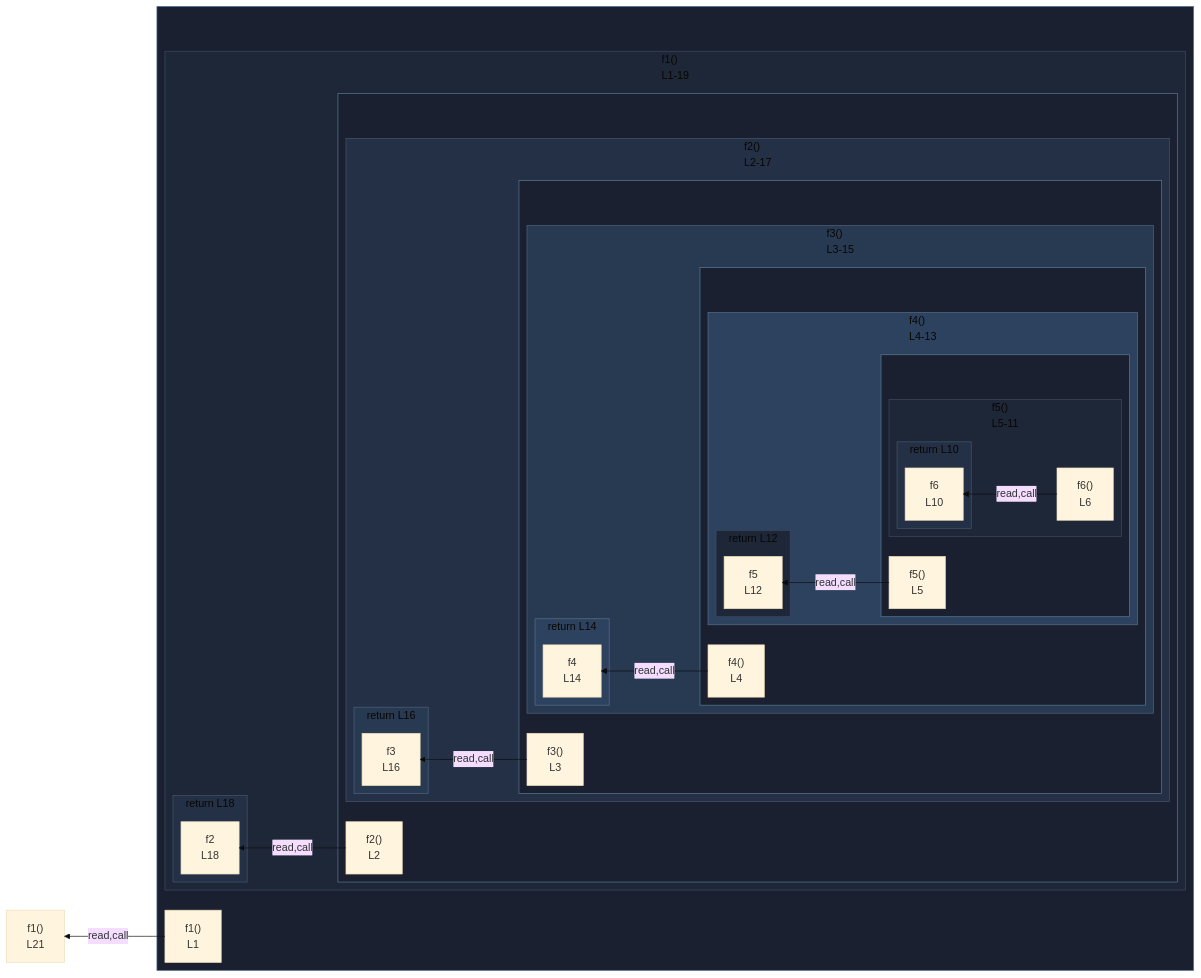
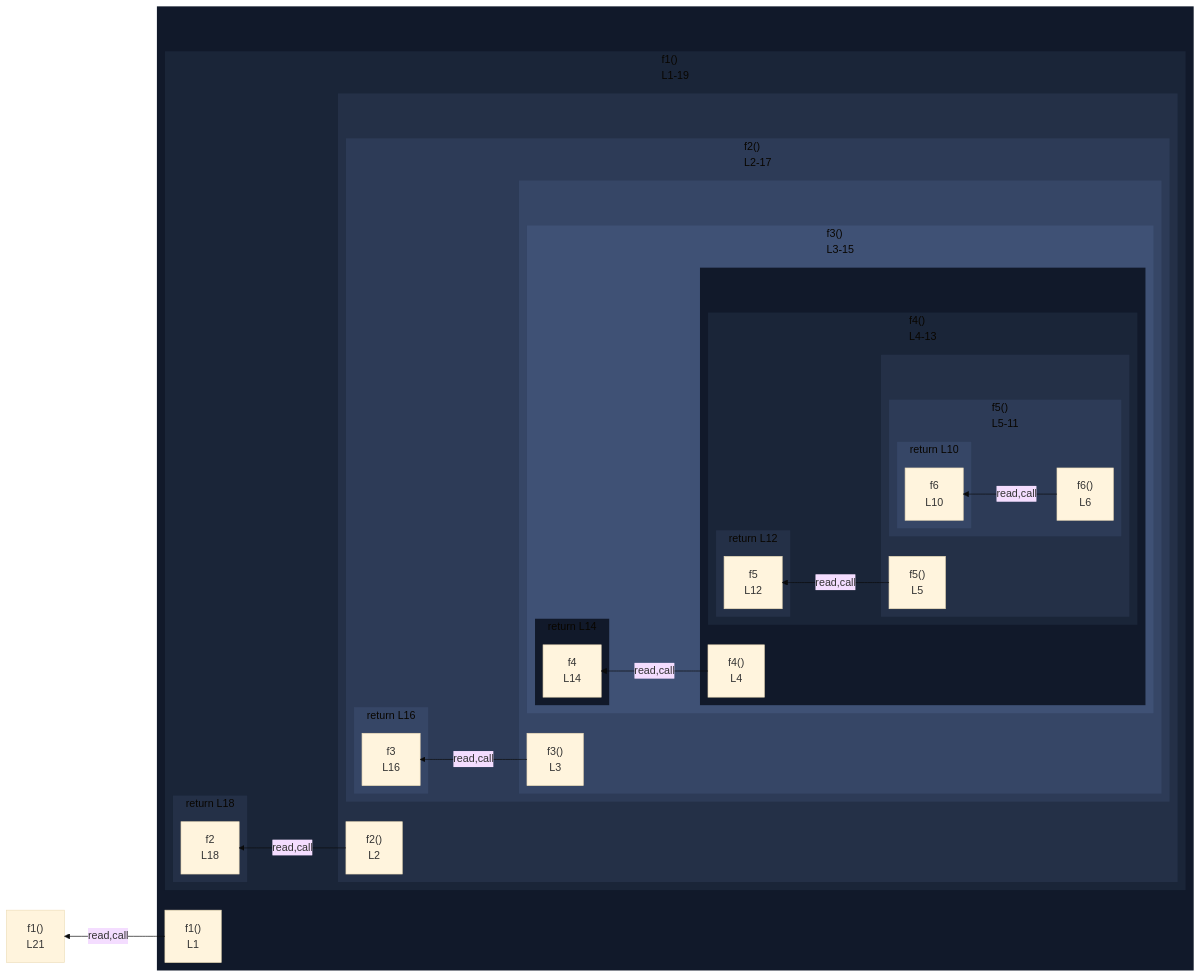
One commit to crescware/unsnarl changed the diagram in integration/fixtures/app-behavior/depth/function/depth-5/preview.md. Above: the diagram before and after it, drawn with Mermaid (base theme). The commit also changed 263 other files, not shown here.

First line of the commit message:
Drop fnWrap class and color function wrappers via the nest palette

````diff
--- a/integration/fixtures/app-behavior/depth/function/depth-5/preview.md
+++ b/integration/fixtures/app-behavior/depth/function/depth-5/preview.md
@@ -100,24 +100,25 @@
   n_scope_1_f2_27 -->|read,call| ret_use_ref_6
   n_scope_0_f1_9 -->|read,call| expr_stmt_311
   expr_stmt_311["f1()<br/>L21"]
-  classDef fnWrap fill:#1a2030,stroke:#5a7d99;
-  class wrap_s_scope_1 fnWrap;
-  class wrap_s_scope_2 fnWrap;
-  class wrap_s_scope_3 fnWrap;
-  class wrap_s_scope_4 fnWrap;
-  class wrap_s_scope_5 fnWrap;
-  classDef nestL1 fill:#1e2738,stroke:#3d4a63;
-  class s_scope_1 nestL1;
-  class s_scope_5 nestL1;
-  class s_return_scope_3_f4_69_226_238 nestL1;
-  classDef nestL2 fill:#233045,stroke:#475670;
-  class s_scope_2 nestL2;
-  class s_return_scope_4_f5_93_195_207 nestL2;
-  class s_return_scope_0_f1_9_295_307 nestL2;
-  classDef nestL3 fill:#283952,stroke:#51637d;
-  class s_scope_3 nestL3;
-  class s_return_scope_1_f2_27_276_288 nestL3;
-  classDef nestL4 fill:#2d425f,stroke:#5b708a;
-  class s_scope_4 nestL4;
-  class s_return_scope_2_f3_47_253_265 nestL4;
+  classDef nestL1 fill:#11192a,stroke:transparent;
+  class wrap_s_scope_1 nestL1;
+  class wrap_s_scope_4 nestL1;
+  class s_return_scope_2_f3_47_253_265 nestL1;
+  classDef nestL2 fill:#1a2538,stroke:transparent;
+  class s_scope_1 nestL2;
+  class s_scope_4 nestL2;
+  classDef nestL3 fill:#243047,stroke:transparent;
+  class wrap_s_scope_2 nestL3;
+  class wrap_s_scope_5 nestL3;
+  class s_return_scope_3_f4_69_226_238 nestL3;
+  class s_return_scope_0_f1_9_295_307 nestL3;
+  classDef nestL4 fill:#2d3b57,stroke:transparent;
+  class s_scope_2 nestL4;
+  class s_scope_5 nestL4;
+  classDef nestL5 fill:#364666,stroke:transparent;
+  class wrap_s_scope_3 nestL5;
+  class s_return_scope_4_f5_93_195_207 nestL5;
+  class s_return_scope_1_f2_27_276_288 nestL5;
+  classDef nestL6 fill:#3f5175,stroke:transparent;
+  class s_scope_3 nestL6;
 ```
````
